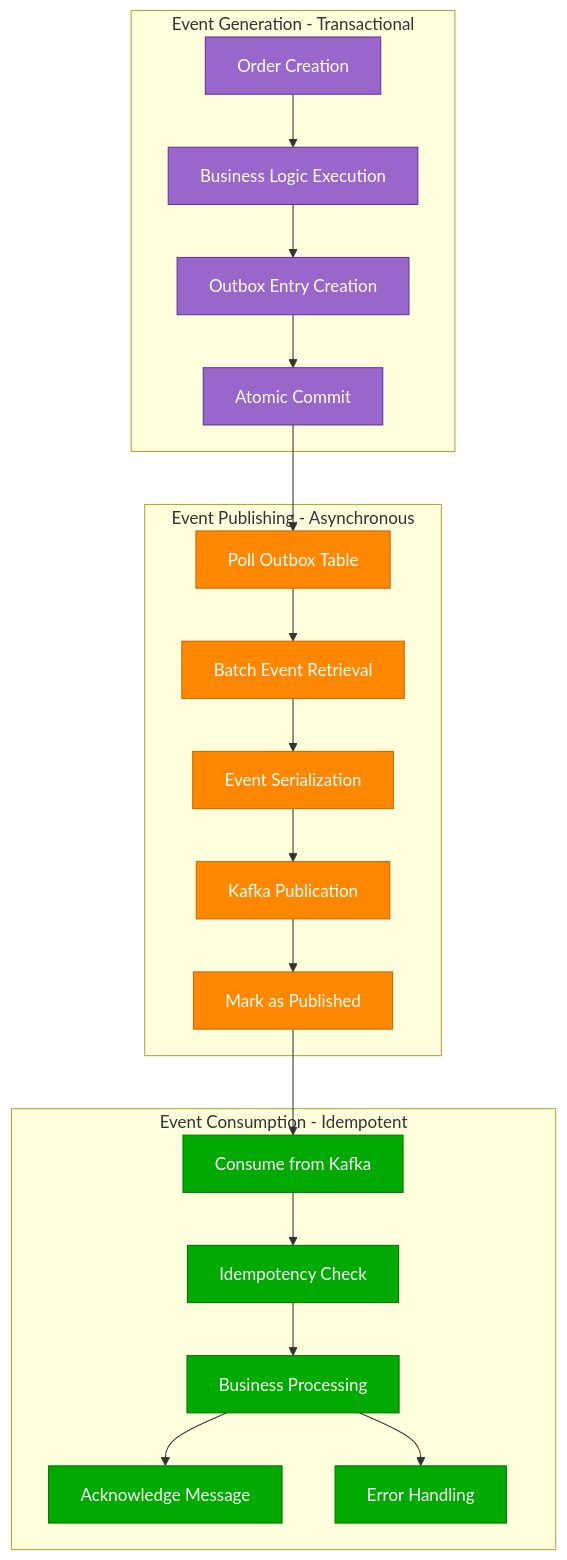
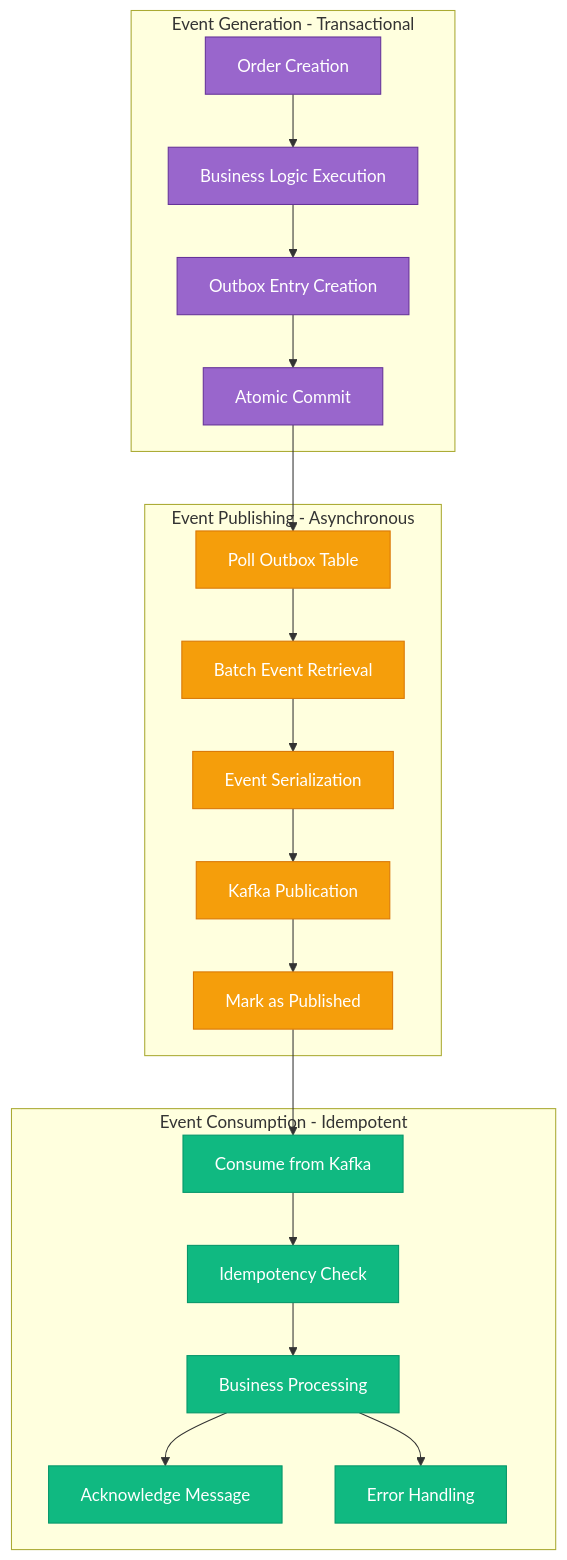
One commit to deepaucksharma/DS changed the fourth of 14 diagrams in site/docs/examples/implementation.md. Above: the diagram before and after it, drawn with Mermaid. The commit also changed other lines of this file and 303 other files, not shown here.

````diff
--- a/site/docs/examples/implementation.md
+++ b/site/docs/examples/implementation.md
@@ -139,49 +139,49 @@
 ```mermaid
 graph TB
     subgraph EventGeneration[Event Generation - Transactional]
         ORDER_CREATE[Order Creation]
         BUSINESS_LOGIC[Business Logic Execution]
         OUTBOX_INSERT[Outbox Entry Creation]
         TRANSACTION_COMMIT[Atomic Commit]
     end
 
     subgraph EventPublishing[Event Publishing - Asynchronous]
         POLL[Poll Outbox Table]
         BATCH[Batch Event Retrieval]
         SERIALIZE[Event Serialization]
         KAFKA_PUBLISH[Kafka Publication]
         MARK_PUBLISHED[Mark as Published]
     end
 
     subgraph EventConsumption[Event Consumption - Idempotent]
         CONSUME[Consume from Kafka]
         DUPLICATE_CHECK[Idempotency Check]
         BUSINESS_PROCESS[Business Processing]
         ACK[Acknowledge Message]
         ERROR_HANDLE[Error Handling]
     end
 
     ORDER_CREATE --> BUSINESS_LOGIC
     BUSINESS_LOGIC --> OUTBOX_INSERT
     OUTBOX_INSERT --> TRANSACTION_COMMIT
 
     TRANSACTION_COMMIT --> POLL
     POLL --> BATCH
     BATCH --> SERIALIZE
     SERIALIZE --> KAFKA_PUBLISH
     KAFKA_PUBLISH --> MARK_PUBLISHED
 
     MARK_PUBLISHED --> CONSUME
     CONSUME --> DUPLICATE_CHECK
     DUPLICATE_CHECK --> BUSINESS_PROCESS
     BUSINESS_PROCESS --> ACK
     BUSINESS_PROCESS --> ERROR_HANDLE
 
     classDef genStyle fill:#9966CC,stroke:#663399,color:#fff
-    classDef pubStyle fill:#FF8800,stroke:#CC6600,color:#fff
-    classDef conStyle fill:#00AA00,stroke:#007700,color:#fff
+    classDef pubStyle fill:#F59E0B,stroke:#D97706,color:#fff
+    classDef conStyle fill:#10B981,stroke:#059669,color:#fff
 
     class ORDER_CREATE,BUSINESS_LOGIC,OUTBOX_INSERT,TRANSACTION_COMMIT genStyle
     class POLL,BATCH,SERIALIZE,KAFKA_PUBLISH,MARK_PUBLISHED pubStyle
     class CONSUME,DUPLICATE_CHECK,BUSINESS_PROCESS,ACK,ERROR_HANDLE conStyle
 ```
````
